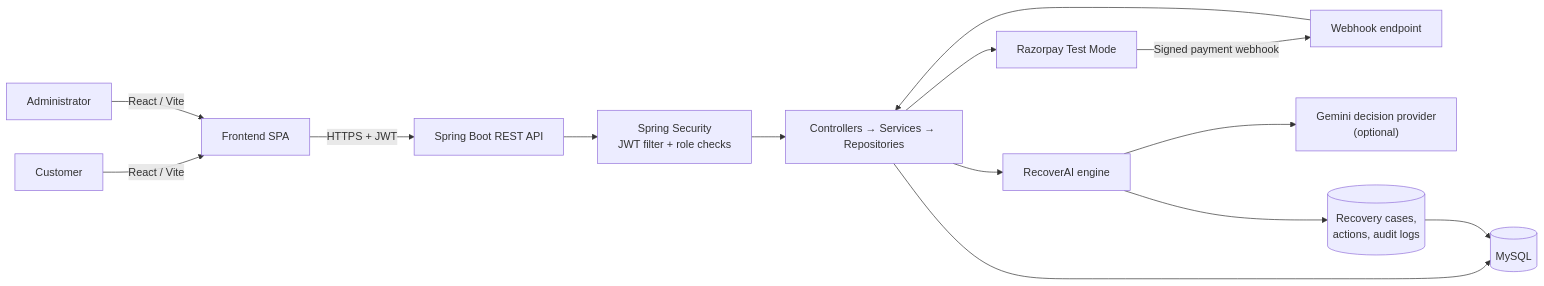
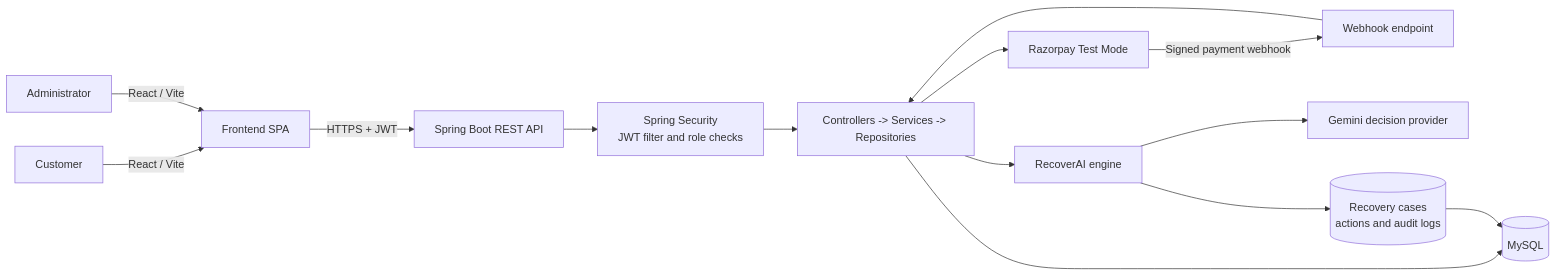
One commit to swatipathak770/nexcart changed the first of 3 diagrams in README.md. Above: the diagram before and after it, drawn with Mermaid. The commit also changed other lines of this file, not shown here.

````diff
--- a/README.md
+++ b/README.md
@@ -55,18 +65,18 @@
 ```mermaid
 flowchart LR
-    Customer["Customer"] -->|"React / Vite"| Frontend["Frontend SPA"]
-    Admin["Administrator"] -->|"React / Vite"| Frontend
-    Frontend -->|"HTTPS + JWT"| Api["Spring Boot REST API"]
- 
-    Api --> Security["Spring Security\nJWT filter + role checks"]
-    Security --> Services["Controllers → Services → Repositories"]
-    Services --> Database[("MySQL")]
-    Services --> Razorpay["Razorpay Test Mode"]
-    Razorpay -->|"Signed payment webhook"| Webhook["Webhook endpoint"]
+    Customer[Customer] -->|React / Vite| Frontend[Frontend SPA]
+    Admin[Administrator] -->|React / Vite| Frontend
+    Frontend -->|HTTPS + JWT| Api[Spring Boot REST API]
+
+    Api --> Security[Spring Security<br/>JWT filter and role checks]
+    Security --> Services[Controllers -> Services -> Repositories]
+    Services --> Database[(MySQL)]
+    Services --> Razorpay[Razorpay Test Mode]
+    Razorpay -->|Signed payment webhook| Webhook[Webhook endpoint]
     Webhook --> Services
- 
-    Services --> RecoverAI["RecoverAI engine"]
-    RecoverAI --> Gemini["Gemini decision provider\n(optional)"]
-    RecoverAI --> RecoveryData[("Recovery cases,\nactions, audit logs")]
+
+    Services --> RecoverAI[RecoverAI engine]
+    RecoverAI --> Gemini[Gemini decision provider]
+    RecoverAI --> RecoveryData[(Recovery cases<br/>actions and audit logs)]
     RecoveryData --> Database
 ```
````
